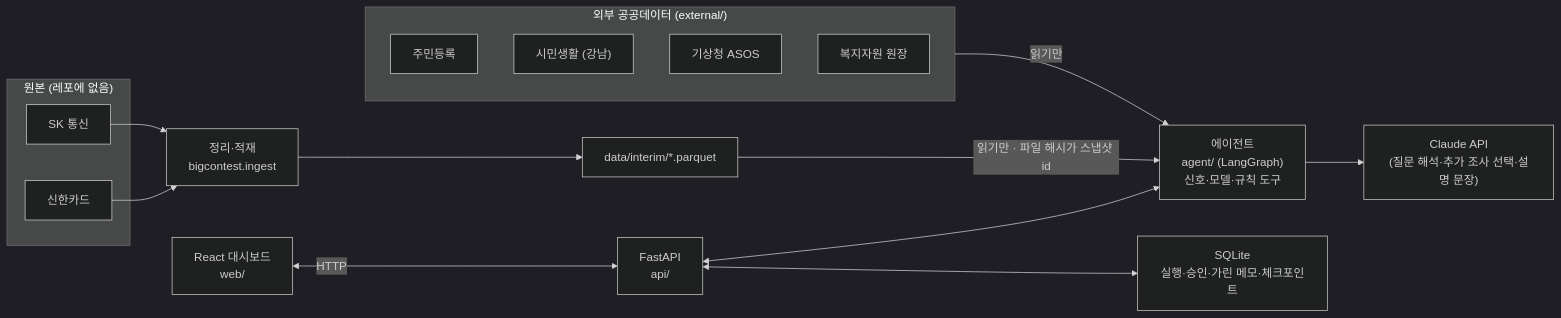
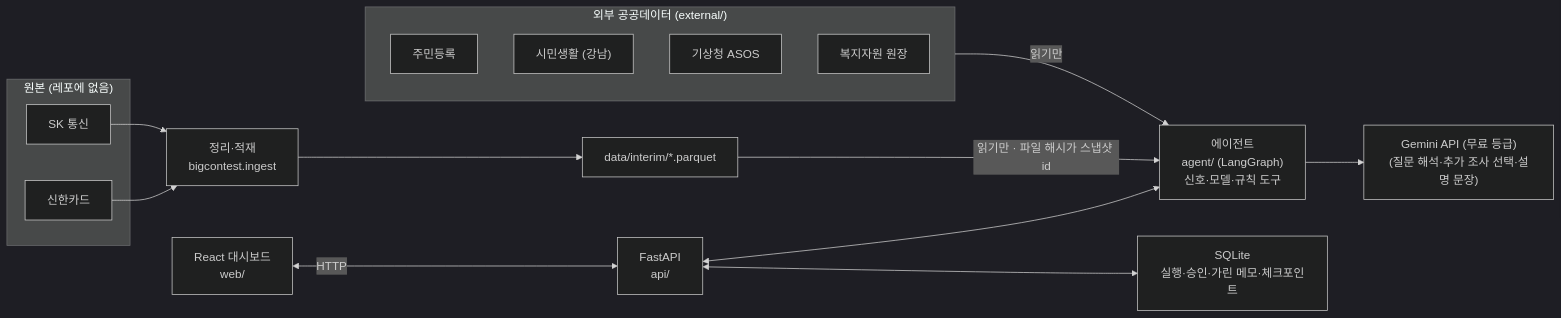
One commit to taeyeon715/BigDataContest_social-isolation-LINK-Radar changed the diagram in docs/아키텍처.md. Above: the diagram before and after it, drawn with Mermaid (dark theme). The commit also changed other lines of this file and 27 other files, not shown here.

Commit message:
에이전트 LLM을 Gemini 무료 등급으로 교체: Gemini REST 어댑터(분당 한도는 기다렸다 한 번 더, 하루 한도면 멈춤), 모델 gemini-3.5-flash-lite, Claude 연결·anthropic 의존성 삭제, 녹화본을 실제 Gemini로 다시 녹화(11회, 실패 0), 문서·시험 갱신

````diff
--- a/docs/아키텍처.md
+++ b/docs/아키텍처.md
@@ -7,22 +7,22 @@
 ```mermaid
 flowchart LR
     subgraph RAW["원본 (레포에 없음)"]
         T["SK 통신"]
         K["신한카드"]
     end
     subgraph EXT["외부 공공데이터 (external/)"]
         R["주민등록"]
         SL["시민생활 (강남)"]
         WX["기상청 ASOS"]
         RS["복지자원 원장"]
     end
     T --> ING["정리·적재<br/>bigcontest.ingest"]
     K --> ING
     ING --> INT["data/interim/*.parquet"]
     INT -->|"읽기만 · 파일 해시가 스냅샷 id"| AG["에이전트<br/>agent/ (LangGraph)<br/>신호·모델·규칙 도구"]
     EXT -->|읽기만| AG
     API["FastAPI<br/>api/"] <--> AG
     API <--> DB["SQLite<br/>실행·승인·가린 메모·체크포인트"]
-    AG --> LLM["Claude API<br/>(질문 해석·추가 조사 선택·설명 문장)"]
+    AG --> LLM["Gemini API (무료 등급)<br/>(질문 해석·추가 조사 선택·설명 문장)"]
     WEB["React 대시보드<br/>web/"] <-->|HTTP| API
 ```
````
